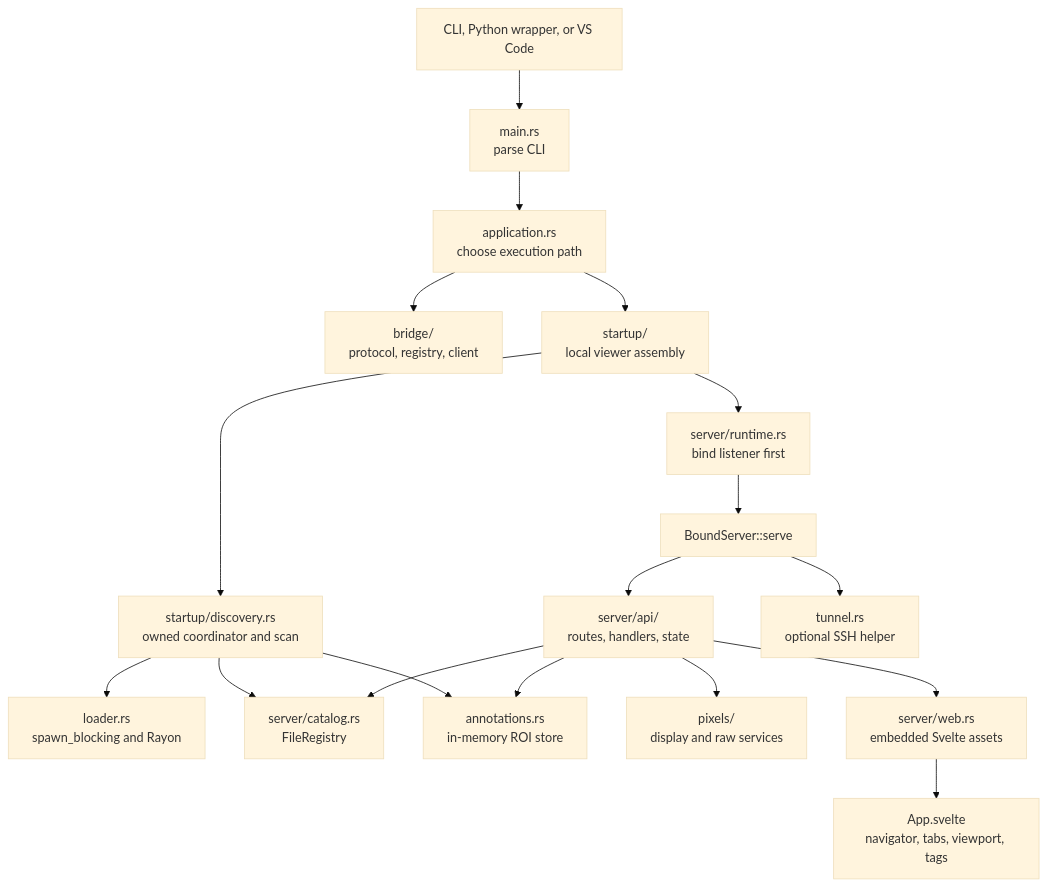
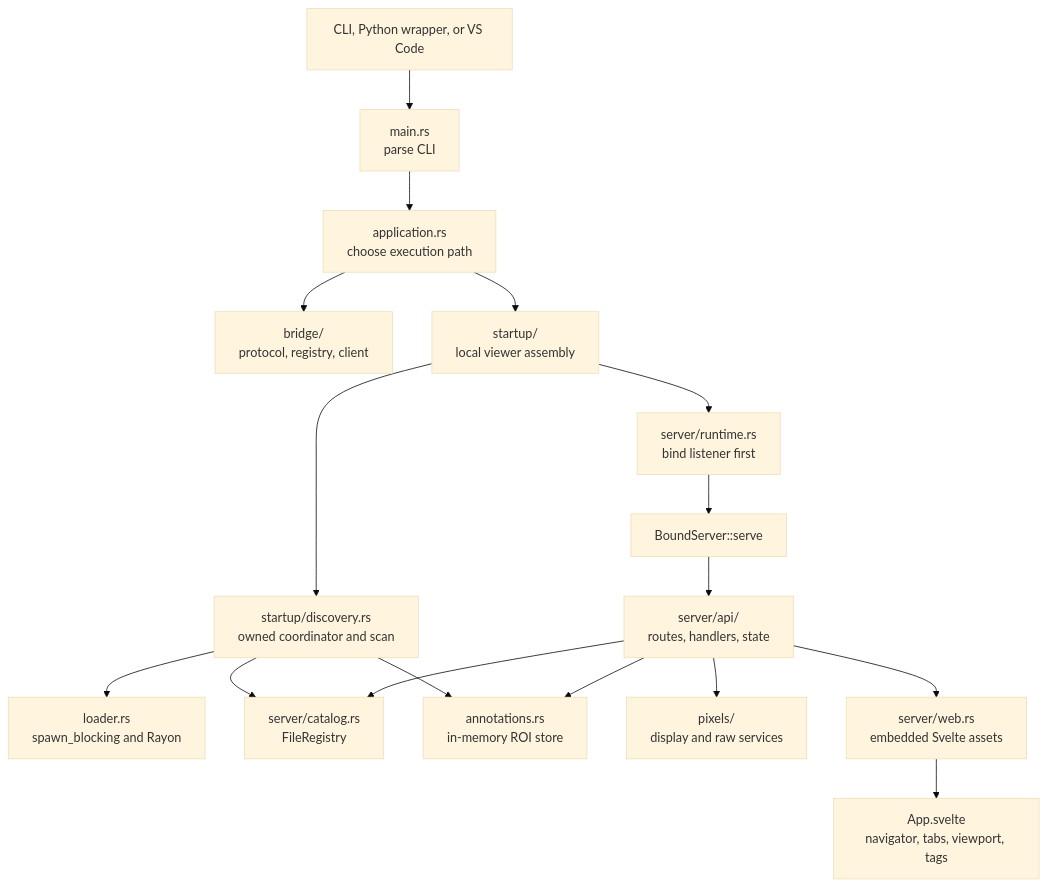
One commit to dcmview/dcmview changed the first of 4 diagrams in docs/architecture.md. Above: the diagram before and after it, drawn with Mermaid (base theme). The commit also changed other lines of this file and 34 other files, not shown here.

First line of the commit message:
fix(server)!: remove the non-functional --tunnel SSH helper

````diff
--- a/docs/architecture.md
+++ b/docs/architecture.md
@@ -38,20 +38,19 @@
 ```mermaid
 flowchart TD
     launch["CLI, Python wrapper, or VS Code"] --> main["main.rs<br/>parse CLI"]
     main --> app["application.rs<br/>choose execution path"]
     app --> bridge["bridge/<br/>protocol, registry, client"]
     app --> startup["startup/<br/>local viewer assembly"]
     startup --> bind["server/runtime.rs<br/>bind listener first"]
     startup --> discovery["startup/discovery.rs<br/>owned coordinator and scan"]
     discovery --> loader["loader.rs<br/>spawn_blocking and Rayon"]
     discovery --> registry["server/catalog.rs<br/>FileRegistry"]
     discovery --> annotations["annotations.rs<br/>in-memory ROI store"]
     bind --> runtime["BoundServer::serve"]
     runtime --> router["server/api/<br/>routes, handlers, state"]
-    runtime --> tunnel["tunnel.rs<br/>optional SSH helper"]
     router --> pixels["pixels/<br/>display and raw services"]
     router --> registry
     router --> annotations
     router --> web["server/web.rs<br/>embedded Svelte assets"]
     web --> ui["App.svelte<br/>navigator, tabs, viewport, tags"]
 ```
````
